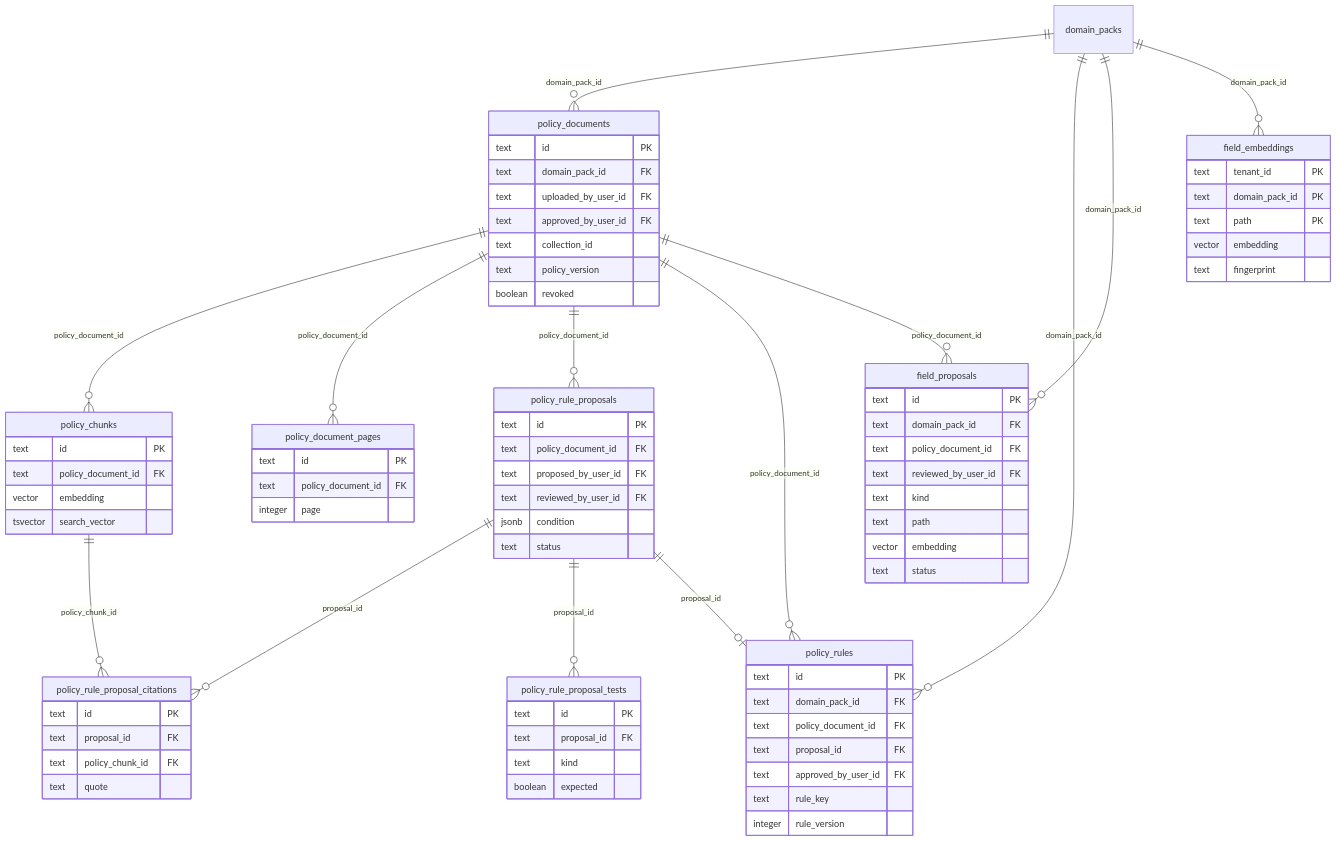
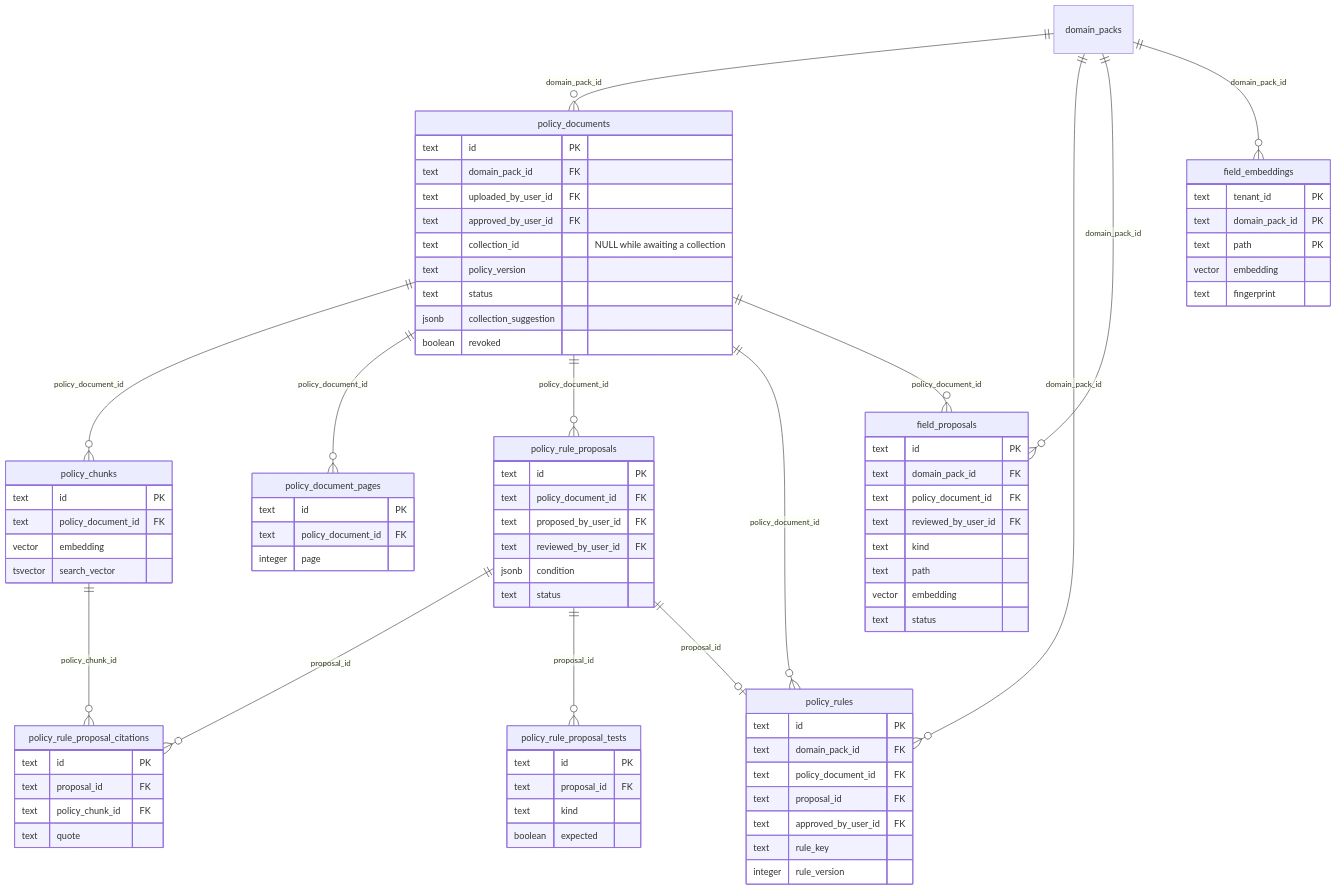
One commit to DNikolaiev/RAG-LLM-Document-Intelligence changed the third of 4 diagrams in ARCHITECTURE.md. Above: the diagram before and after it, drawn with Mermaid. The commit also changed other lines of this file and 17 other files, not shown here.

```diff
--- a/ARCHITECTURE.md
+++ b/ARCHITECTURE.md
@@ -447,8 +447,10 @@
     text domain_pack_id FK
     text uploaded_by_user_id FK
     text approved_by_user_id FK
-    text collection_id
+    text collection_id "NULL while awaiting a collection"
     text policy_version
+    text status
+    jsonb collection_suggestion
     boolean revoked
   }
   policy_chunks {
```
